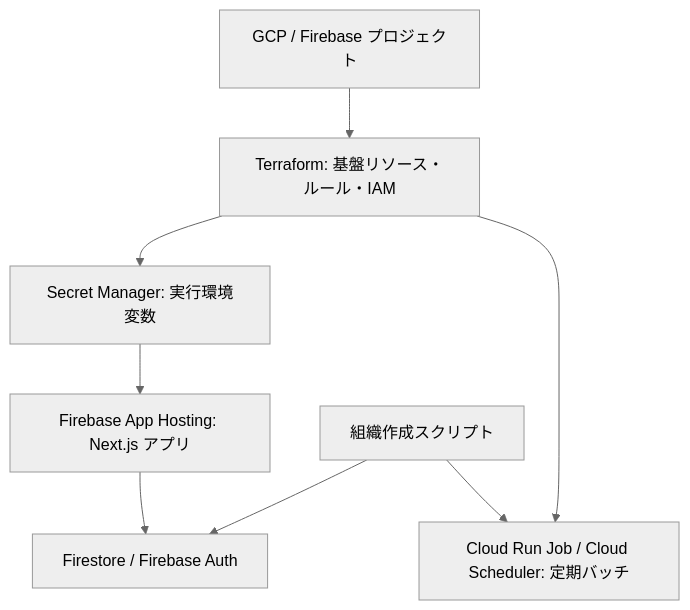
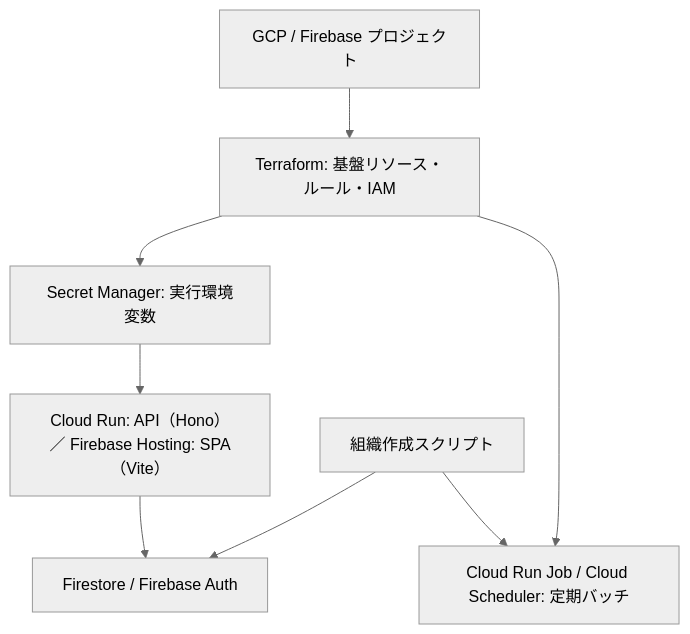
One commit to miyasan31/mirai-yoho changed the diagram in doc/system-setup-and-organization.md. Above: the diagram before and after it, drawn with Mermaid (neutral theme). The commit also changed other lines of this file and 10 other files, not shown here.

Commit message:
docs: 現行仕様（Hono / Cloud Run / kebab-case）に合わせてドキュメントを更新 (#67)

````diff
--- a/doc/system-setup-and-organization.md
+++ b/doc/system-setup-and-organization.md
@@ -9,10 +9,10 @@
 ```mermaid
 flowchart TD
   A["GCP / Firebase プロジェクト"] --> B["Terraform: 基盤リソース・ルール・IAM"]
   B --> C["Secret Manager: 実行環境変数"]
-  C --> D["Firebase App Hosting: Next.js アプリ"]
+  C --> D["Cloud Run: API（Hono）／ Firebase Hosting: SPA（Vite）"]
   B --> E["Cloud Run Job / Cloud Scheduler: 定期バッチ"]
   D --> F["Firestore / Firebase Auth"]
   G["組織作成スクリプト"] --> F
   G --> E
 ```
````
